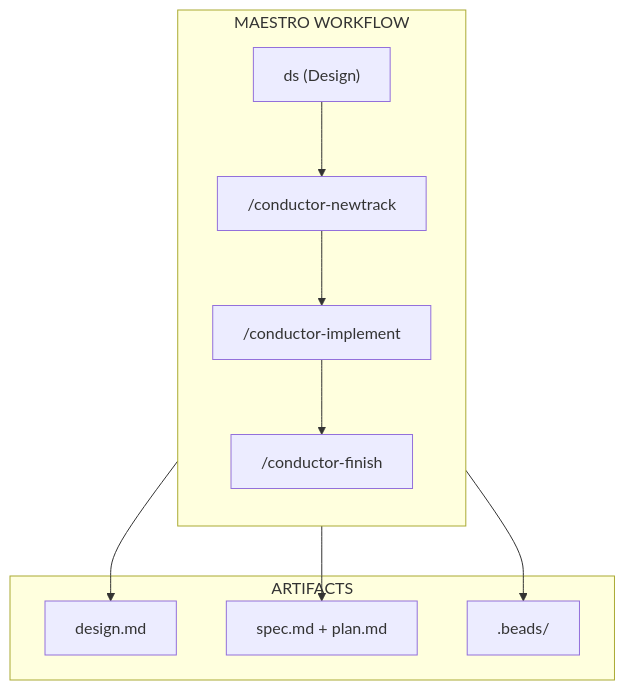
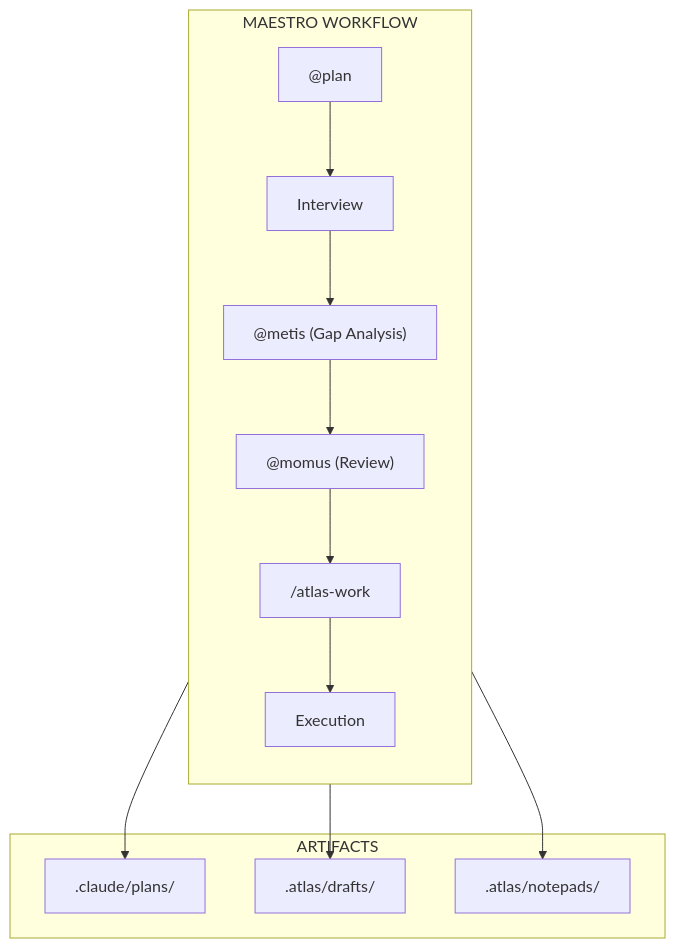
The first of 8 diagrams in docs/ARCHITECTURE.md (ReinaMacCredy/maestro), drawn with Mermaid before and after one commit. The commit also changed other lines of this file and 5 other files, not shown here.

````diff
--- a/docs/ARCHITECTURE.md
+++ b/docs/ARCHITECTURE.md
@@ -7,19 +7,21 @@
 ```mermaid
 flowchart TB
     subgraph WORKFLOW["MAESTRO WORKFLOW"]
         direction TB
-        DS["ds (Design)"] --> NEWTRACK["/conductor-newtrack"]
-        NEWTRACK --> IMPLEMENT["/conductor-implement"]
-        IMPLEMENT --> FINISH["/conductor-finish"]
+        PLAN["@plan"] --> INTERVIEW["Interview"]
+        INTERVIEW --> METIS["@metis (Gap Analysis)"]
+        METIS --> MOMUS["@momus (Review)"]
+        MOMUS --> WORK["/atlas-work"]
+        WORK --> EXECUTE["Execution"]
     end
 
     subgraph ARTIFACTS["ARTIFACTS"]
-        DESIGN["design.md"]
-        SPEC["spec.md + plan.md"]
-        BEADS[".beads/"]
+        PLANS[".claude/plans/"]
+        DRAFTS[".atlas/drafts/"]
+        WISDOM[".atlas/notepads/"]
     end
 
-    DS --> DESIGN
-    NEWTRACK --> SPEC
-    NEWTRACK --> BEADS
+    INTERVIEW --> DRAFTS
+    MOMUS --> PLANS
+    EXECUTE --> WISDOM
 ```
````
